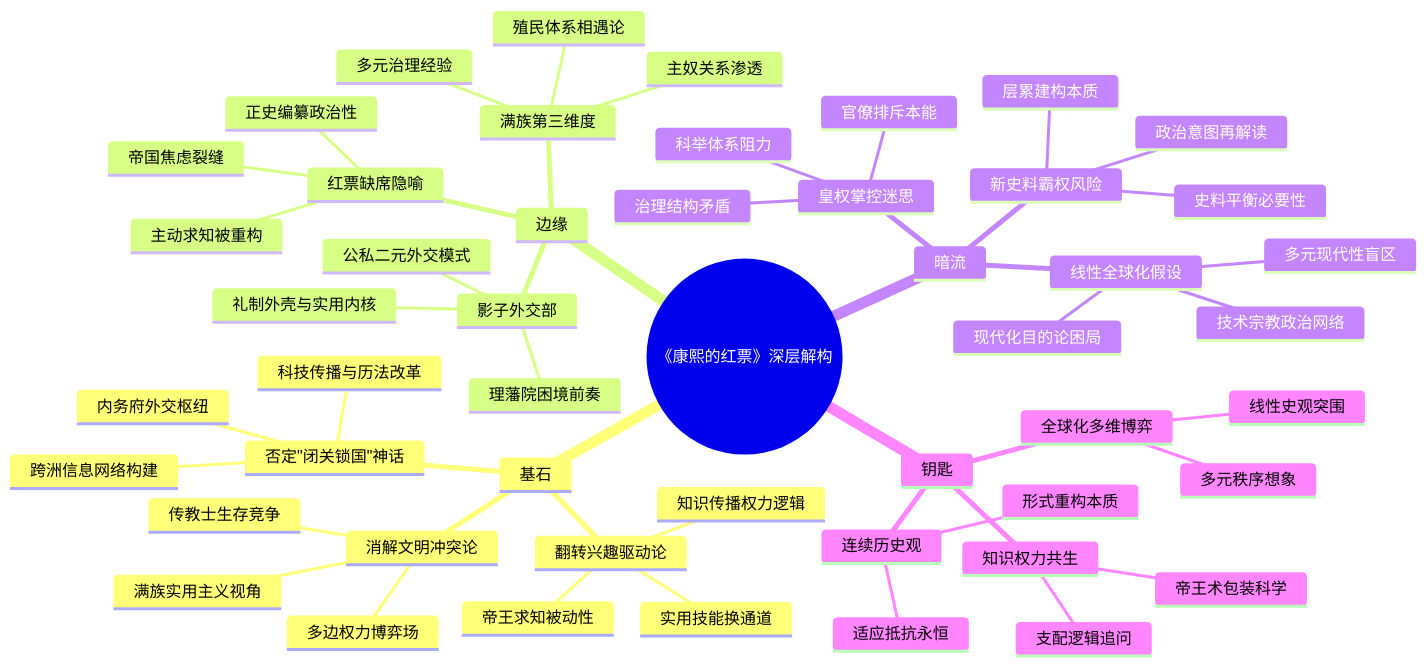
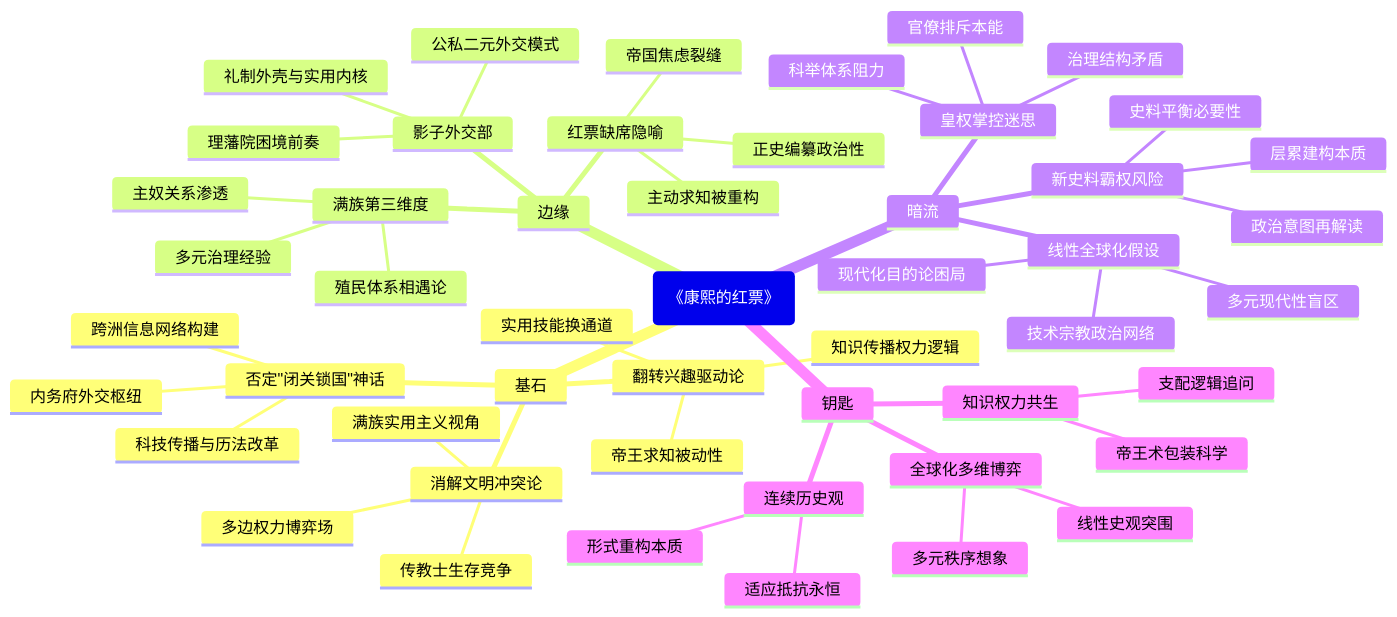
Before and after one commit to funloss/funKnowledge: the diagram in 读书/中国历史/康熙的红票.md, drawn with Mermaid. The commit also changed 74 other files, not shown here.

````diff
--- a/读书/中国历史/康熙的红票.md
+++ b/读书/中国历史/康熙的红票.md
@@ -2,56 +2,56 @@
 ```mermaid
 mindmap
-  root((《康熙的红票》深层解构))
+  root(《康熙的红票》)
     基石
       否定"闭关锁国"神话
         内务府外交枢纽
         跨洲信息网络构建
         科技传播与历法改革
       消解文明冲突论
         多边权力博弈场
         满族实用主义视角
         传教士生存竞争
       翻转兴趣驱动论
         知识传播权力逻辑
         实用技能换通道
         帝王求知被动性
     
     边缘
       影子外交部
         公私二元外交模式
         礼制外壳与实用内核
         理藩院困境前奏
       满族第三维度
         主奴关系渗透
         多元治理经验
         殖民体系相遇论
       红票缺席隐喻
         正史编纂政治性
         主动求知被重构
         帝国焦虑裂缝
     
     暗流
       线性全球化假设
         多元现代性盲区
         技术宗教政治网络
         现代化目的论困局
       皇权掌控迷思
         科举体系阻力
         官僚排斥本能
         治理结构矛盾
       新史料霸权风险
         层累建构本质
         政治意图再解读
         史料平衡必要性
     
     钥匙
       全球化多维博弈
         多元秩序想象
         线性史观突围
       知识权力共生
         帝王术包装科学
         支配逻辑追问
       连续历史观
         形式重构本质
         适应抵抗永恒
 ``` 
````
